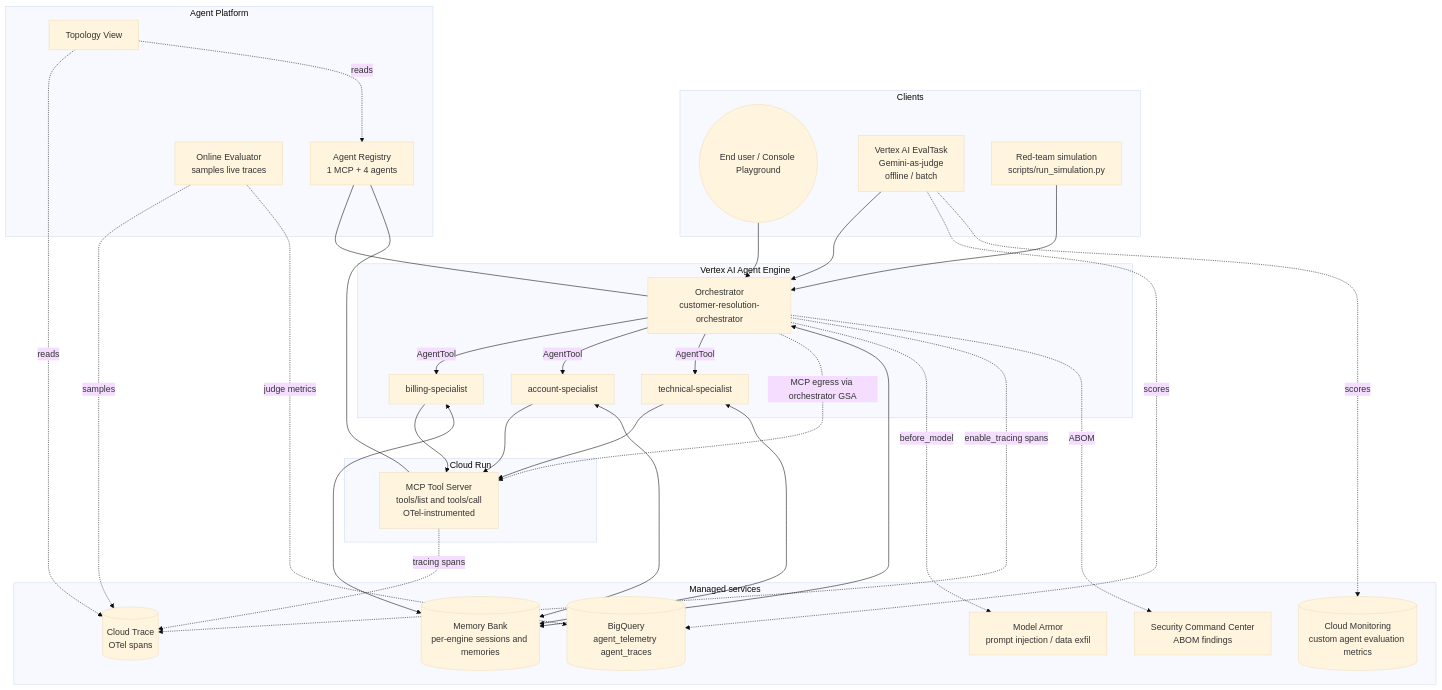
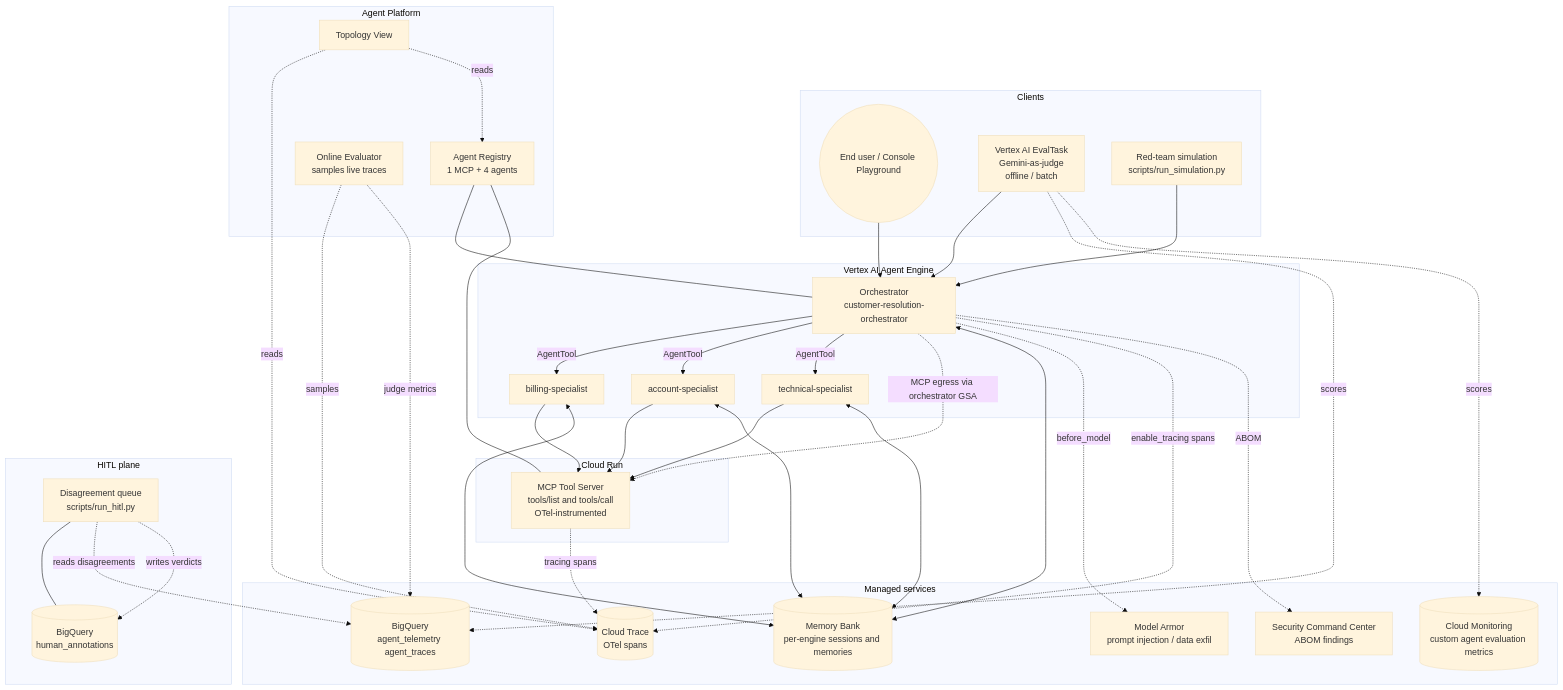
One commit to nikhilbhide/agent-evaluation-reference changed the diagram in README.md. Above: the diagram before and after it, drawn with Mermaid (base theme). The commit also changed other lines of this file and 7 other files, not shown here.

First line of the commit message:
feat(eval): add HITL plane for judge↔code disagreement adjudication

````diff
--- a/README.md
+++ b/README.md
@@ -17,65 +17,74 @@
 ```mermaid
 graph TD
     subgraph CLIENTS["Clients"]
         USERS(("End user / Console Playground"))
         EVAL["Vertex AI EvalTask<br/>Gemini-as-judge<br/>offline / batch"]
         REDTEAM["Red-team simulation<br/>scripts/run_simulation.py"]
     end
 
     subgraph AE["Vertex AI Agent Engine"]
         ORCH["Orchestrator<br/>customer-resolution-orchestrator"]
         BILL["billing-specialist"]
         ACCT["account-specialist"]
         TECH["technical-specialist"]
         ORCH -->|AgentTool| BILL
         ORCH -->|AgentTool| ACCT
         ORCH -->|AgentTool| TECH
     end
 
     subgraph MCP_GROUP["Cloud Run"]
         MCPSRV["MCP Tool Server<br/>tools/list and tools/call<br/>OTel-instrumented"]
     end
 
     subgraph DATA["Managed services"]
         MB[("Memory Bank<br/>per-engine sessions and memories")]
         BQ[("BigQuery<br/>agent_telemetry agent_traces")]
         CT[("Cloud Trace<br/>OTel spans")]
         CM[("Cloud Monitoring<br/>custom agent evaluation metrics")]
         SCC["Security Command Center<br/>ABOM findings"]
         ARMOR["Model Armor<br/>prompt injection / data exfil"]
     end
 
     subgraph PLATFORM["Agent Platform"]
         REG["Agent Registry<br/>1 MCP + 4 agents"]
         TOPO["Topology View"]
         ONLINE["Online Evaluator<br/>samples live traces"]
     end
 
+    subgraph HITL_GROUP["HITL plane"]
+        HITL["Disagreement queue<br/>scripts/run_hitl.py"]
+        ANNOT[("BigQuery<br/>human_annotations")]
+        HITL --- ANNOT
+    end
+
     USERS --> ORCH
     EVAL --> ORCH
     REDTEAM --> ORCH
 
     BILL --> MCPSRV
     ACCT --> MCPSRV
     TECH --> MCPSRV
     ORCH -.->|MCP egress via orchestrator GSA| MCPSRV
 
     ORCH <--> MB
     BILL <--> MB
     ACCT <--> MB
     TECH <--> MB
 
     ORCH -.->|before_model| ARMOR
     ORCH -.->|enable_tracing spans| CT
     MCPSRV -.->|tracing spans| CT
     EVAL -.->|scores| BQ
     EVAL -.->|scores| CM
     ORCH -.->|ABOM| SCC
 
     REG --- ORCH
     REG --- MCPSRV
     TOPO -.->|reads| CT
     TOPO -.->|reads| REG
     ONLINE -.->|samples| CT
     ONLINE -.->|judge metrics| BQ
+
+    HITL -.->|reads disagreements| BQ
+    HITL -.->|writes verdicts| ANNOT
 ```
````
